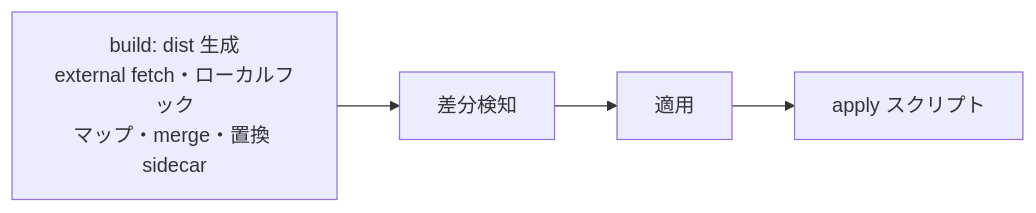
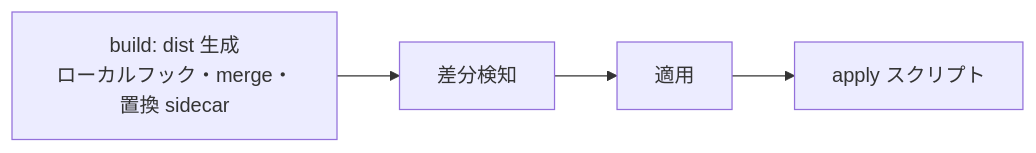
The diagram in scripts/SPEC.md (CatBraaain/dotfiles), drawn with Mermaid before and after one commit. The commit also changed other lines of this file and 4 other files, not shown here.

Commit message:
refactor(build): move path-map and external fetch into standalone build hooks

````diff
--- a/scripts/SPEC.md
+++ b/scripts/SPEC.md
@@ -14,6 +14,6 @@
 ```mermaid
 flowchart LR
-  A[build: dist 生成<br>external fetch・ローカルフック<br>マップ・merge・置換 sidecar] --> B[差分検知]
+  A[build: dist 生成<br>ローカルフック・merge・置換 sidecar] --> B[差分検知]
   B --> D[適用]
   D --> E[apply スクリプト]
 ```
````
